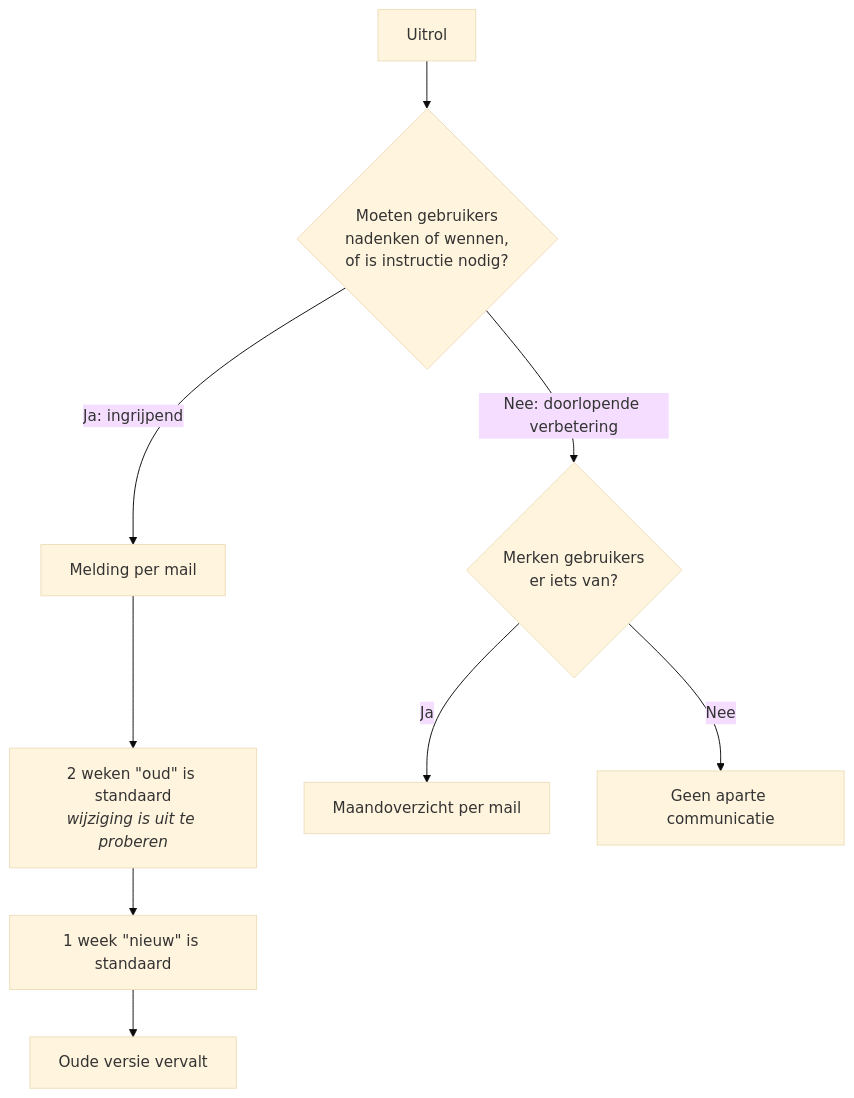
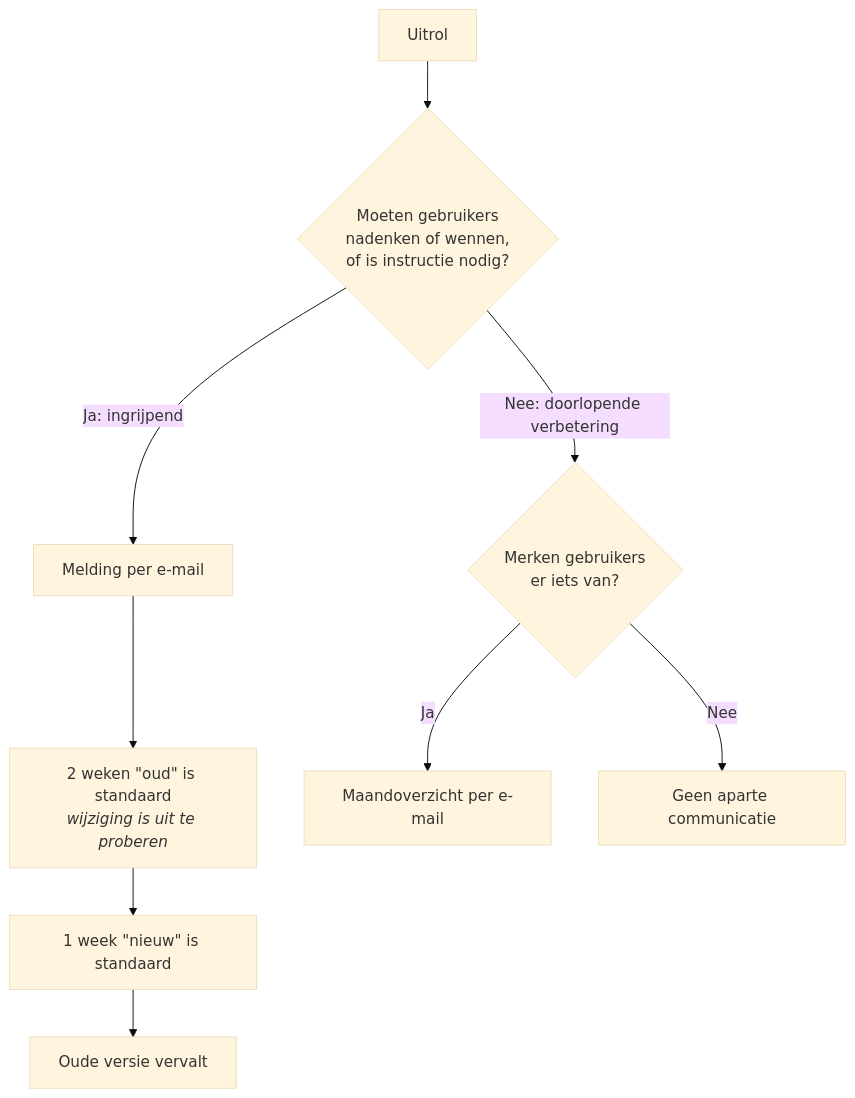
One commit to roqua/documentation changed the diagram in src/content/docs/beleid/releasebeleid.md. Above: the diagram before and after it, drawn with Mermaid (base theme). The commit also changed other lines of this file, not shown here.

````diff
--- a/src/content/docs/beleid/releasebeleid.md
+++ b/src/content/docs/beleid/releasebeleid.md
@@ -12,13 +12,13 @@
 ```mermaid
 graph TD
   W[Uitrol] --> T{Moeten gebruikers<br>nadenken of wennen,<br>of is instructie nodig?}
 
-  T -- "Ja: ingrijpend" --> M[Melding per mail]
+  T -- "Ja: ingrijpend" --> M[Melding per e-mail]
   M --> B[2 weken #quot;oud#quot; is standaard<br/><i>wijziging is uit te proberen</i>]
   B --> C[1 week #quot;nieuw#quot; is standaard]
   C --> D[Oude versie vervalt]
 
   T -- "Nee: doorlopende verbetering" --> Z{Merken gebruikers<br>er iets van?}
-  Z -- Ja --> G[Maandoverzicht per mail]
+  Z -- Ja --> G[Maandoverzicht per e-mail]
   Z -- Nee --> S[Geen aparte communicatie]
 ```
````
